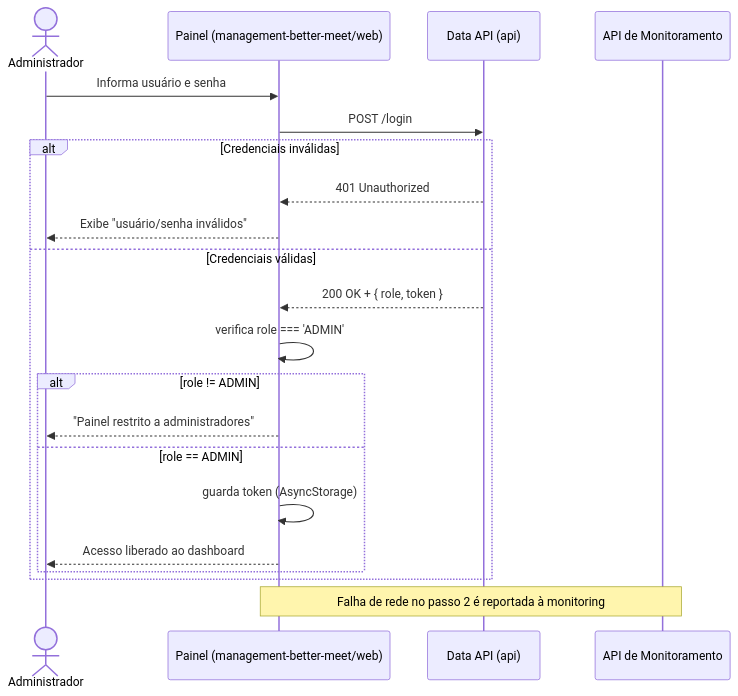
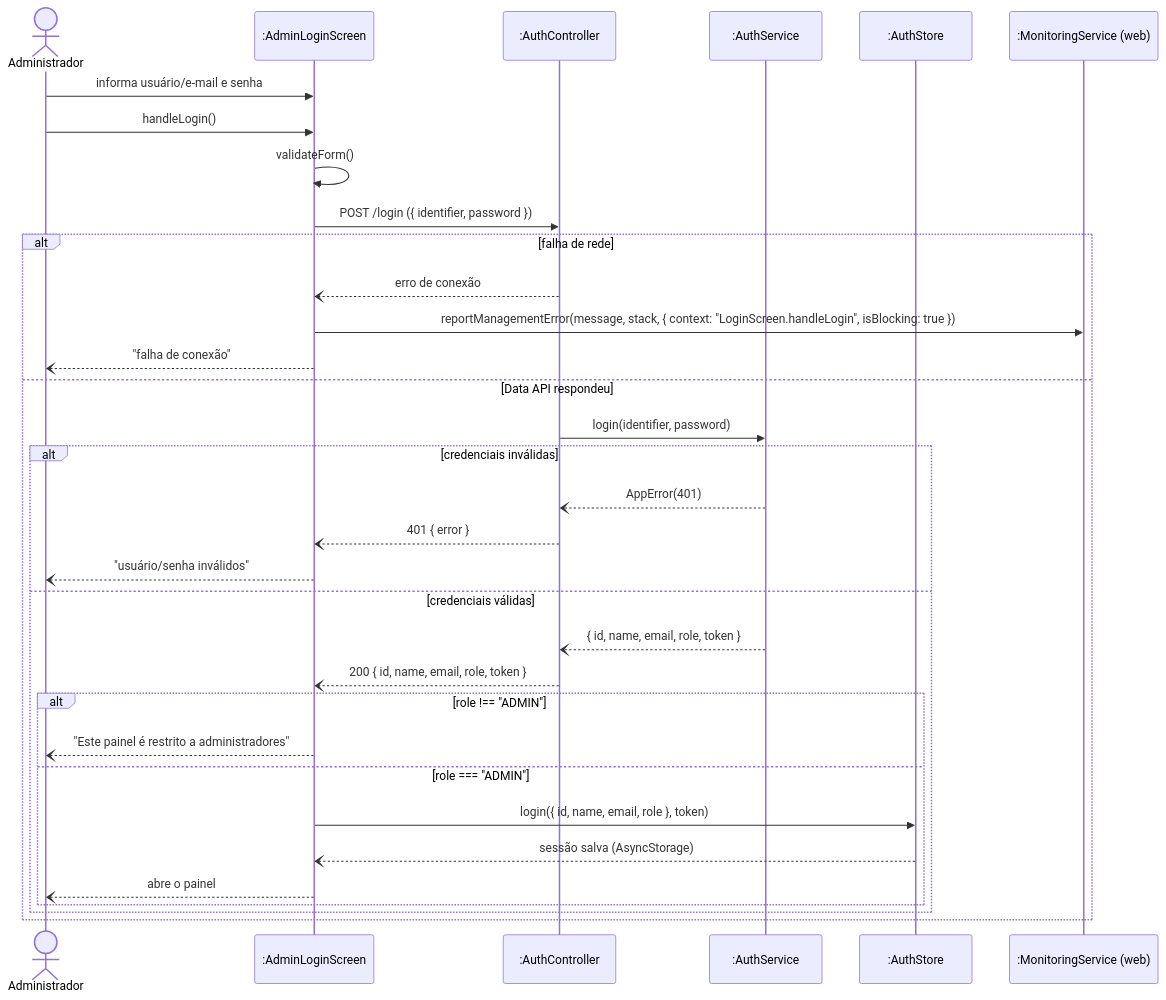
The seventh of 17 diagrams in documentos/entrega2_Di1/requisitos_e_casos_de_uso.md (MiguelIFSP/BRTPDS2-PROJETO-E-DESENVOLVIMENTO-DE-SISTEMAS-2), drawn with Mermaid before and after one commit. The commit also changed other lines of this file and 7 other files, not shown here.

````diff
--- a/documentos/entrega2_Di1/requisitos_e_casos_de_uso.md
+++ b/documentos/entrega2_Di1/requisitos_e_casos_de_uso.md
@@ -434,24 +511,36 @@
 ```mermaid
 sequenceDiagram
     actor Adm as Administrador
-    participant Web as Painel (management-better-meet/web)
-    participant Api as Data API (api)
-    participant Mon as API de Monitoramento
+    participant L as :AdminLoginScreen
+    participant AC as :AuthController
+    participant AS as :AuthService
+    participant Store as :AuthStore
+    participant MR as :MonitoringService (web)
 
-    Adm->>Web: Informa usuário e senha
-    Web->>Api: POST /login
-    alt Credenciais inválidas
-        Api-->>Web: 401 Unauthorized
-        Web-->>Adm: Exibe "usuário/senha inválidos"
-    else Credenciais válidas
-        Api-->>Web: 200 OK + { role, token }
-        Web->>Web: verifica role === 'ADMIN'
-        alt role != ADMIN
-            Web-->>Adm: "Painel restrito a administradores"
-        else role == ADMIN
-            Web->>Web: guarda token (AsyncStorage)
-            Web-->>Adm: Acesso liberado ao dashboard
+    Adm->>L: informa usuário/e-mail e senha
+    Adm->>L: handleLogin()
+    L->>L: validateForm()
+    L->>AC: POST /login ({ identifier, password })
+    alt falha de rede
+        AC--)L: erro de conexão
+        L->>MR: reportManagementError(message, stack, { context: "LoginScreen.handleLogin", isBlocking: true })
+        L--)Adm: "falha de conexão"
+    else Data API respondeu
+        AC->>AS: login(identifier, password)
+        alt credenciais inválidas
+            AS--)AC: AppError(401)
+            AC--)L: 401 { error }
+            L--)Adm: "usuário/senha inválidos"
+        else credenciais válidas
+            AS--)AC: { id, name, email, role, token }
+            AC--)L: 200 { id, name, email, role, token }
+            alt role !== "ADMIN"
+                L--)Adm: "Este painel é restrito a administradores"
+            else role === "ADMIN"
+                L->>Store: login({ id, name, email, role }, token)
+                Store--)L: sessão salva (AsyncStorage)
+                L--)Adm: abre o painel
+            end
         end
     end
-    Note over Web,Mon: Falha de rede no passo 2 é reportada à monitoring
 ```
````
